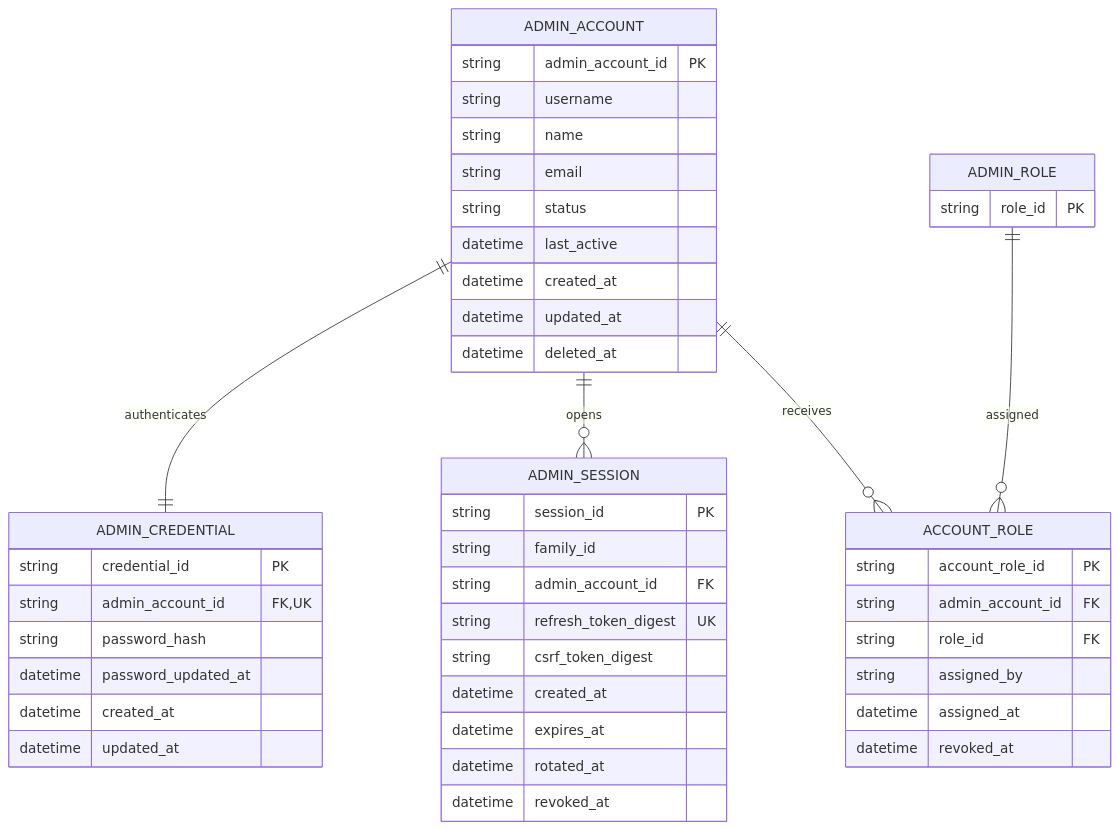
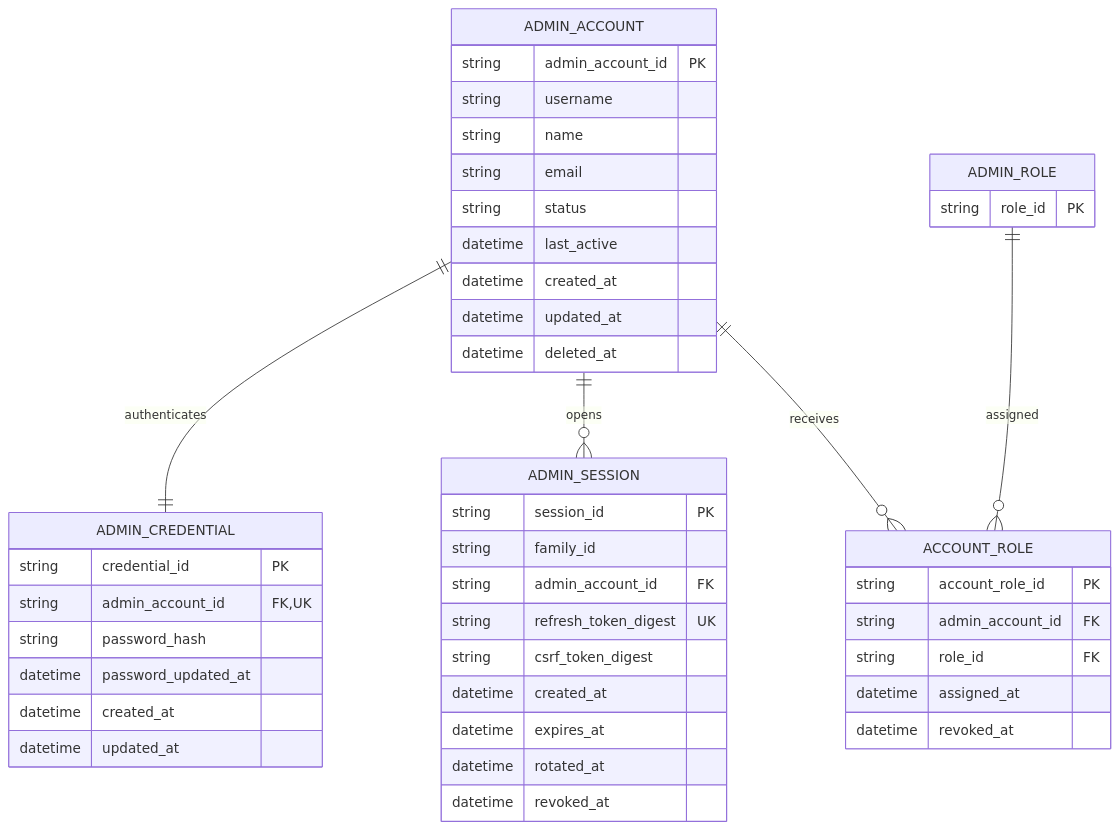
Before and after one commit to fatihmuhamadridho/docs-game-service-platform: the diagram in sprint-1/erd/admin-account-erd.md, drawn with Mermaid. The commit also changed other lines of this file and 24 other files, not shown here.

````diff
--- a/sprint-1/erd/admin-account-erd.md
+++ b/sprint-1/erd/admin-account-erd.md
@@ -9,49 +9,49 @@
 ```mermaid
 erDiagram
     ADMIN_ACCOUNT ||--|| ADMIN_CREDENTIAL : authenticates
     ADMIN_ACCOUNT ||--o{ ADMIN_SESSION : opens
     ADMIN_ACCOUNT ||--o{ ACCOUNT_ROLE : receives
     ADMIN_ROLE ||--o{ ACCOUNT_ROLE : assigned
 
     ADMIN_ACCOUNT {
         string admin_account_id PK
         string username
         string name
         string email
         string status
         datetime last_active
         datetime created_at
         datetime updated_at
         datetime deleted_at
     }
     ADMIN_CREDENTIAL {
         string credential_id PK
         string admin_account_id FK, UK
         string password_hash
         datetime password_updated_at
         datetime created_at
         datetime updated_at
     }
     ADMIN_SESSION {
         string session_id PK
         string family_id
         string admin_account_id FK
         string refresh_token_digest UK
         string csrf_token_digest
         datetime created_at
         datetime expires_at
         datetime rotated_at
         datetime revoked_at
     }
     ADMIN_ROLE {
         string role_id PK
     }
     ACCOUNT_ROLE {
         string account_role_id PK
         string admin_account_id FK
         string role_id FK
-        string assigned_by
+
         datetime assigned_at
         datetime revoked_at
     }
 ```
````
